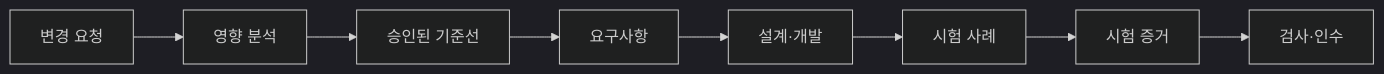
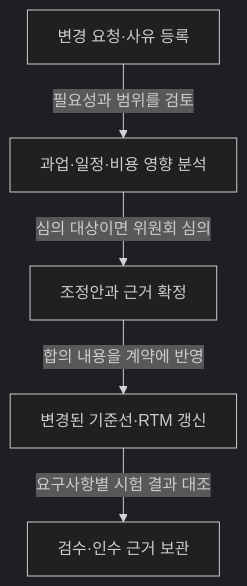
One commit to agnusdei1207/study changed the third of 3 diagrams in src/content/docs/notes/itpe/01-it-strategy/039_public_sw_contract.md. Above: the diagram before and after it, drawn with Mermaid (dark theme). The commit also changed other lines of this file and 1 other file, not shown here.

````diff
--- a/src/content/docs/notes/itpe/01-it-strategy/039_public_sw_contract.md
+++ b/src/content/docs/notes/itpe/01-it-strategy/039_public_sw_contract.md
@@ -123,10 +109,7 @@
 ```mermaid
-flowchart LR
-    R[요구사항] --> D[설계·개발]
-    D --> T[시험 사례]
-    T --> E[시험 증거]
-    E --> A[검사·인수]
-    C[변경 요청] --> I[영향 분석]
-    I --> B[승인된 기준선]
-    B --> R
+flowchart TD
+    A[변경 요청·사유 등록] -->|필요성과 범위를 검토| B[과업·일정·비용 영향 분석]
+    B -->|심의 대상이면 위원회 심의| C[조정안과 근거 확정]
+    C -->|합의 내용을 계약에 반영| D[변경된 기준선·RTM 갱신]
+    D -->|요구사항별 시험 결과 대조| E[검수·인수 근거 보관]
 ```
````
